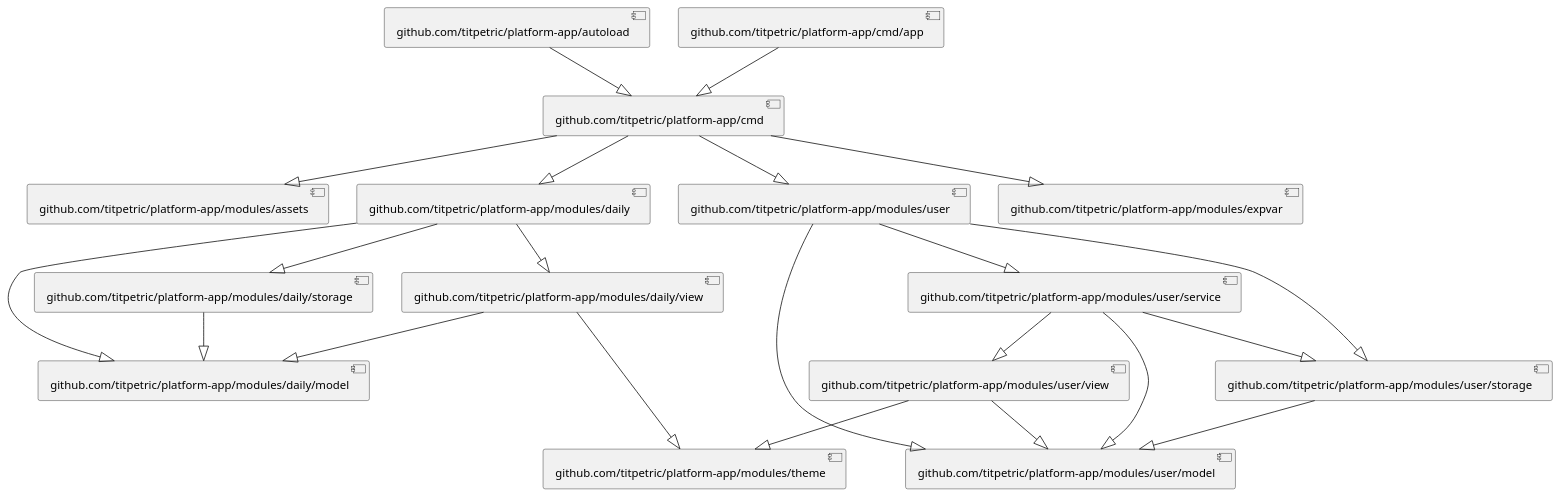
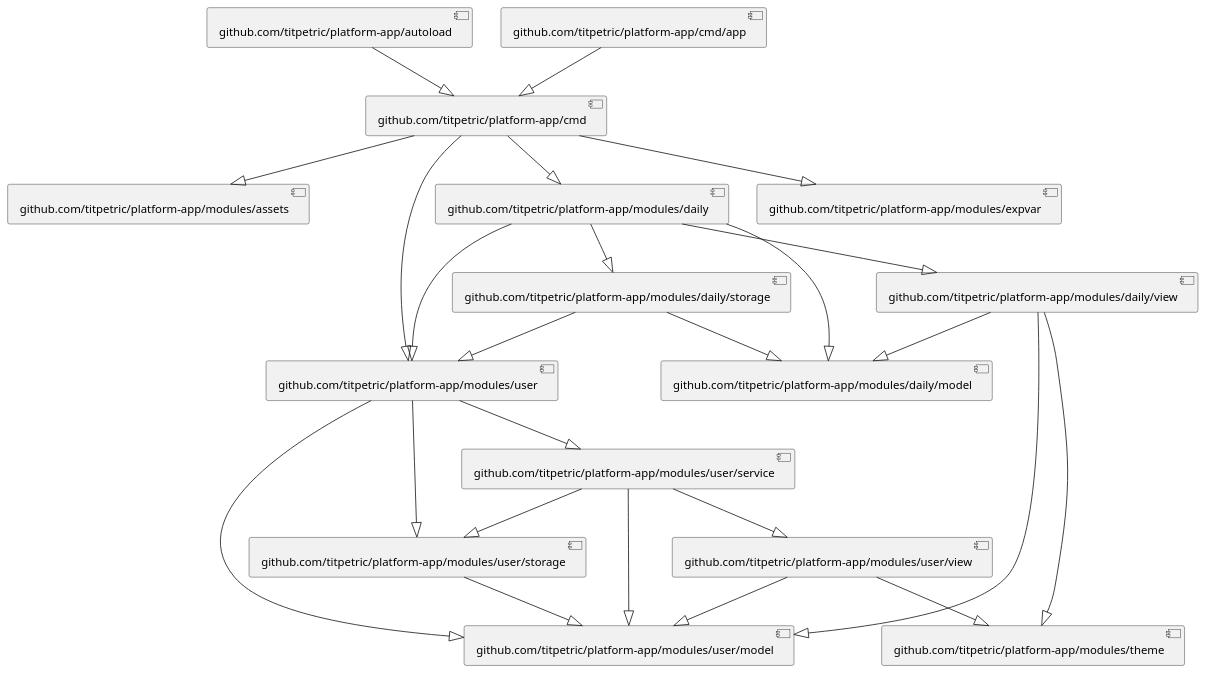
One commit to titpetric/platform-app changed the diagram in docs/imports.puml. Above: the diagram before and after it, drawn with PlantUML. The commit also changed 12 other files, not shown here.

```diff
--- a/docs/imports.puml
+++ b/docs/imports.puml
@@ -1,23 +1,26 @@
 @startuml
 [github.com/titpetric/platform-app/autoload] --|> [github.com/titpetric/platform-app/cmd]
 [github.com/titpetric/platform-app/cmd] --|> [github.com/titpetric/platform-app/modules/assets]
 [github.com/titpetric/platform-app/cmd] --|> [github.com/titpetric/platform-app/modules/daily]
 [github.com/titpetric/platform-app/cmd] --|> [github.com/titpetric/platform-app/modules/expvar]
 [github.com/titpetric/platform-app/cmd] --|> [github.com/titpetric/platform-app/modules/user]
 [github.com/titpetric/platform-app/cmd/app] --|> [github.com/titpetric/platform-app/cmd]
 [github.com/titpetric/platform-app/modules/daily] --|> [github.com/titpetric/platform-app/modules/daily/model]
 [github.com/titpetric/platform-app/modules/daily] --|> [github.com/titpetric/platform-app/modules/daily/storage]
 [github.com/titpetric/platform-app/modules/daily] --|> [github.com/titpetric/platform-app/modules/daily/view]
+[github.com/titpetric/platform-app/modules/daily] --|> [github.com/titpetric/platform-app/modules/user]
 [github.com/titpetric/platform-app/modules/daily/storage] --|> [github.com/titpetric/platform-app/modules/daily/model]
+[github.com/titpetric/platform-app/modules/daily/storage] --|> [github.com/titpetric/platform-app/modules/user]
 [github.com/titpetric/platform-app/modules/daily/view] --|> [github.com/titpetric/platform-app/modules/daily/model]
 [github.com/titpetric/platform-app/modules/daily/view] --|> [github.com/titpetric/platform-app/modules/theme]
+[github.com/titpetric/platform-app/modules/daily/view] --|> [github.com/titpetric/platform-app/modules/user/model]
 [github.com/titpetric/platform-app/modules/user] --|> [github.com/titpetric/platform-app/modules/user/model]
 [github.com/titpetric/platform-app/modules/user] --|> [github.com/titpetric/platform-app/modules/user/service]
 [github.com/titpetric/platform-app/modules/user] --|> [github.com/titpetric/platform-app/modules/user/storage]
 [github.com/titpetric/platform-app/modules/user/service] --|> [github.com/titpetric/platform-app/modules/user/model]
 [github.com/titpetric/platform-app/modules/user/service] --|> [github.com/titpetric/platform-app/modules/user/storage]
 [github.com/titpetric/platform-app/modules/user/service] --|> [github.com/titpetric/platform-app/modules/user/view]
 [github.com/titpetric/platform-app/modules/user/storage] --|> [github.com/titpetric/platform-app/modules/user/model]
 [github.com/titpetric/platform-app/modules/user/view] --|> [github.com/titpetric/platform-app/modules/theme]
 [github.com/titpetric/platform-app/modules/user/view] --|> [github.com/titpetric/platform-app/modules/user/model]
 @enduml
```
